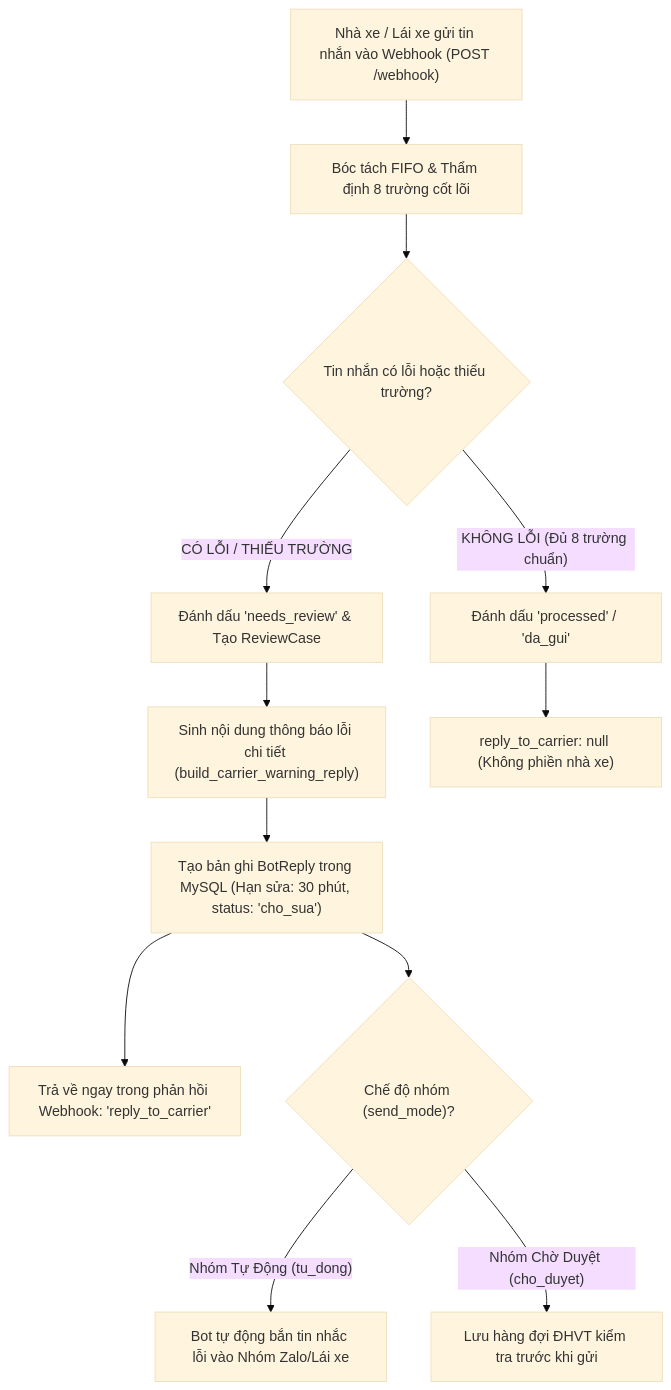
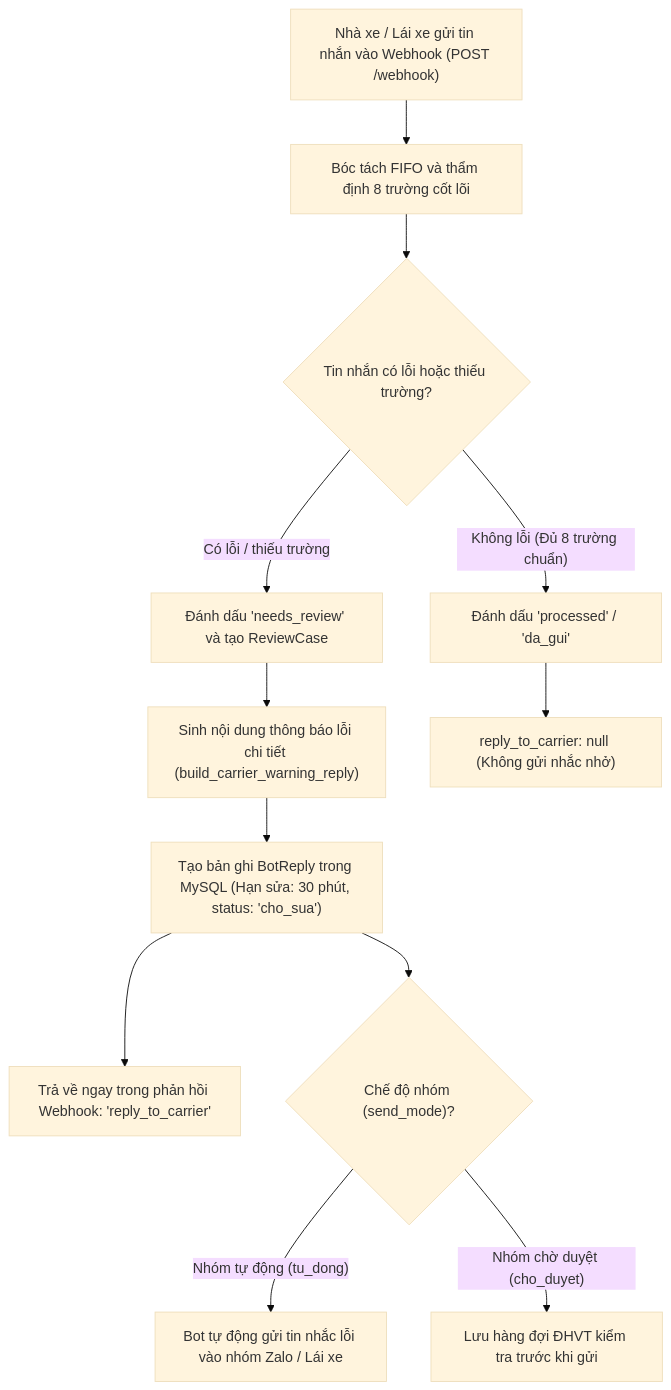
One commit to vutiendat2302/vsico_zalo_bot changed the diagram in backend/tests/postman/05_kiem_thu_thongbao_loi.md. Above: the diagram before and after it, drawn with Mermaid (base theme). The commit also changed other lines of this file and 118 other files, not shown here.

````diff
--- a/backend/tests/postman/05_kiem_thu_thongbao_loi.md
+++ b/backend/tests/postman/05_kiem_thu_thongbao_loi.md
@@ -9,18 +9,14 @@
 ```mermaid
 flowchart TD
-    A["Nhà xe / Lái xe gửi tin nhắn vào Webhook (POST /webhook)"] --> B["Bóc tách FIFO & Thẩm định 8 trường cốt lõi"]
-    
+    A["Nhà xe / Lái xe gửi tin nhắn vào Webhook (POST /webhook)"] --> B["Bóc tách FIFO và thẩm định 8 trường cốt lõi"]
     B --> C{"Tin nhắn có lỗi hoặc thiếu trường?"}
-    
-    C -- "CÓ LỖI / THIẾU TRƯỜNG" --> D["Đánh dấu 'needs_review' & Tạo ReviewCase"]
+    C -- "Có lỗi / thiếu trường" --> D["Đánh dấu 'needs_review' và tạo ReviewCase"]
     D --> E["Sinh nội dung thông báo lỗi chi tiết (build_carrier_warning_reply)"]
     E --> F["Tạo bản ghi BotReply trong MySQL (Hạn sửa: 30 phút, status: 'cho_sua')"]
     F --> G["Trả về ngay trong phản hồi Webhook: 'reply_to_carrier'"]
-    
     F --> H{"Chế độ nhóm (send_mode)?"}
-    H -- "Nhóm Tự Động (tu_dong)" --> I["Bot tự động bắn tin nhắc lỗi vào Nhóm Zalo/Lái xe"]
-    H -- "Nhóm Chờ Duyệt (cho_duyet)" --> K["Lưu hàng đợi ĐHVT kiểm tra trước khi gửi"]
-    
-    C -- "KHÔNG LỖI (Đủ 8 trường chuẩn)" --> L["Đánh dấu 'processed' / 'da_gui'"]
-    L --> M["reply_to_carrier: null (Không phiền nhà xe)"]
+    H -- "Nhóm tự động (tu_dong)" --> I["Bot tự động gửi tin nhắc lỗi vào nhóm Zalo / Lái xe"]
+    H -- "Nhóm chờ duyệt (cho_duyet)" --> K["Lưu hàng đợi ĐHVT kiểm tra trước khi gửi"]
+    C -- "Không lỗi (Đủ 8 trường chuẩn)" --> L["Đánh dấu 'processed' / 'da_gui'"]
+    L --> M["reply_to_carrier: null (Không gửi nhắc nhở)"]
 ```
````
